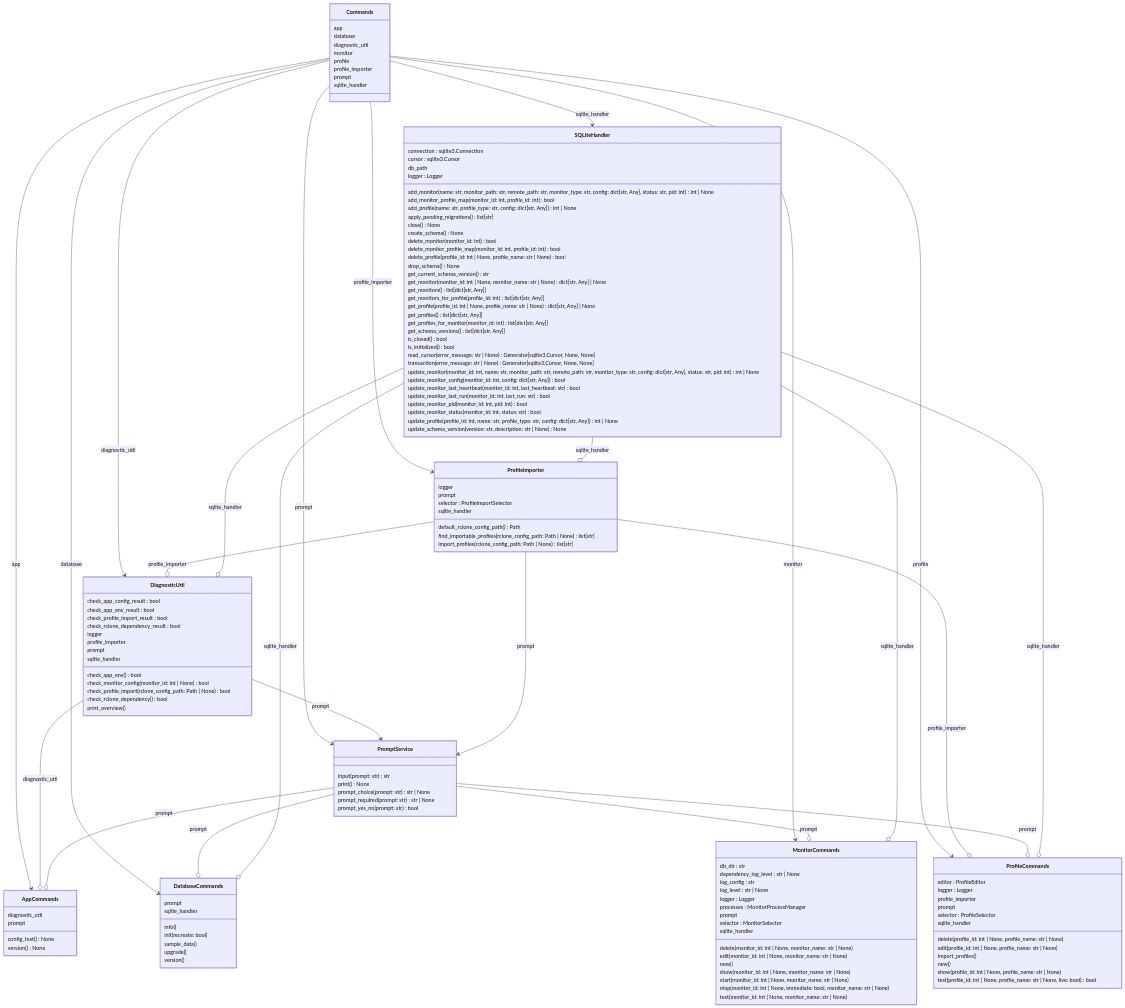
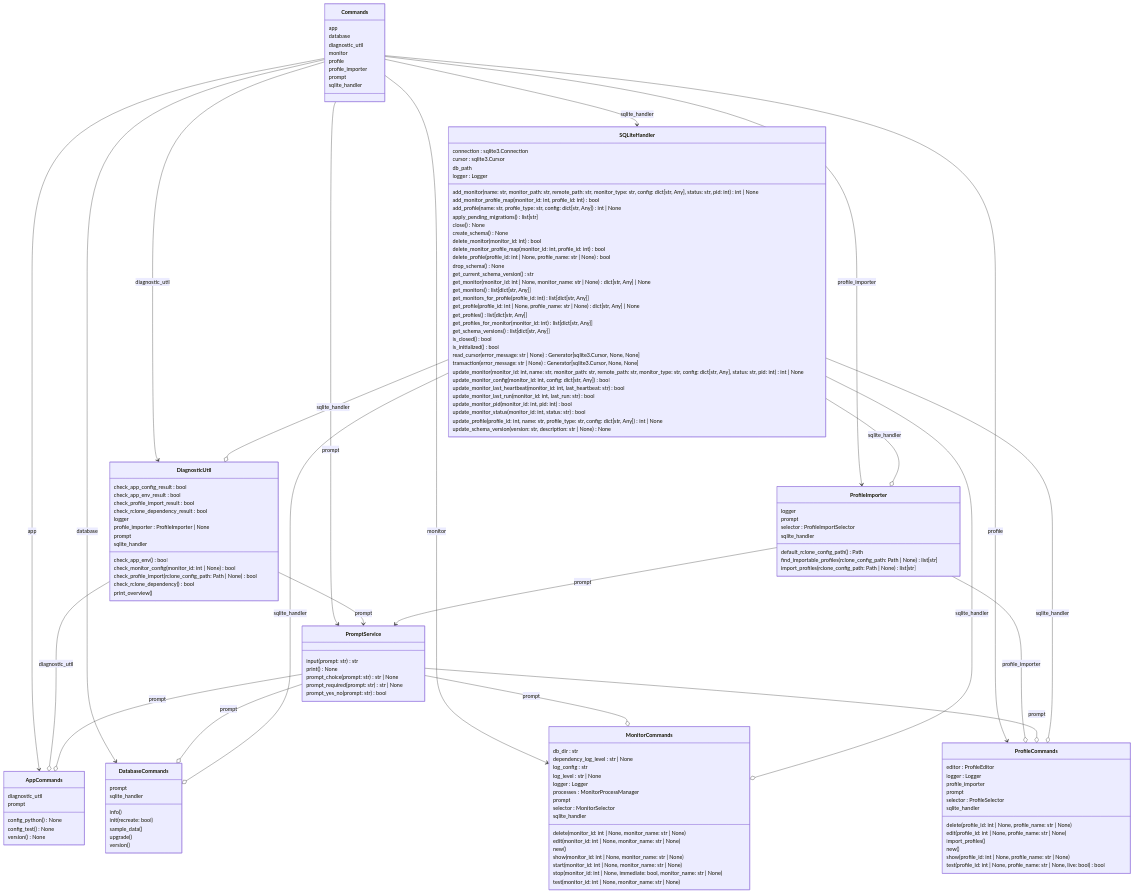
The second of 2 diagrams in ARCHITECTURE.md (Transparent-Systems/monitorhub), drawn with Mermaid before and after one commit. The commit also changed 9 other files, not shown here.

First line of the commit message:
Add mhub config python command

```diff
--- a/ARCHITECTURE.md
+++ b/ARCHITECTURE.md
@@ -103,6 +103,7 @@
   class AppCommands {
     diagnostic_util
     prompt
+    config_python() None
     config_test() None
     version() None
   }
@@ -131,7 +132,7 @@
     check_profile_import_result : bool
     check_rclone_dependency_result : bool
     logger
-    profile_importer
+    profile_importer : ProfileImporter | None
     prompt
     sqlite_handler
     check_app_env() bool
@@ -235,7 +236,6 @@
   ProfileImporter --> PromptService : prompt
   Commands --> SQLiteHandler : sqlite_handler
   DiagnosticUtil --o AppCommands : diagnostic_util
-  ProfileImporter --o DiagnosticUtil : profile_importer
   ProfileImporter --o ProfileCommands : profile_importer
   PromptService --o AppCommands : prompt
   PromptService --o DatabaseCommands : prompt
```
